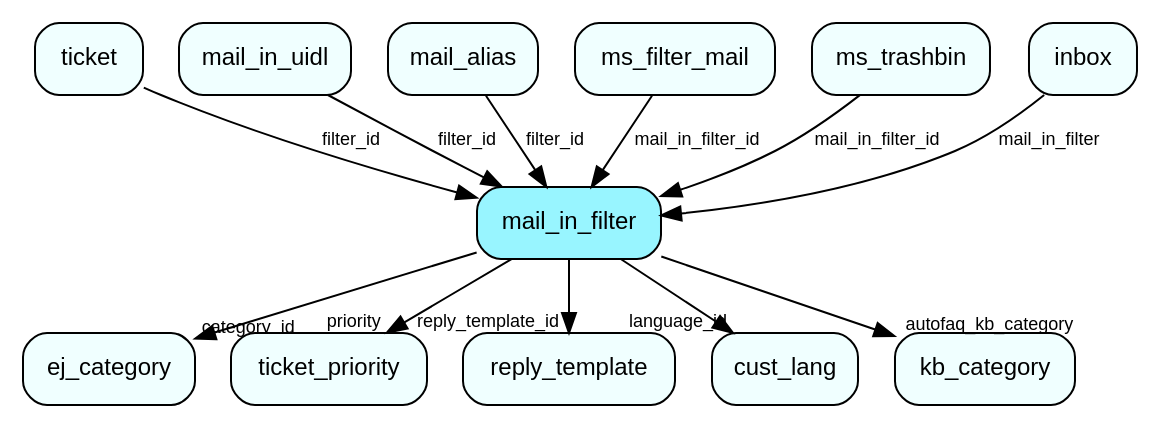
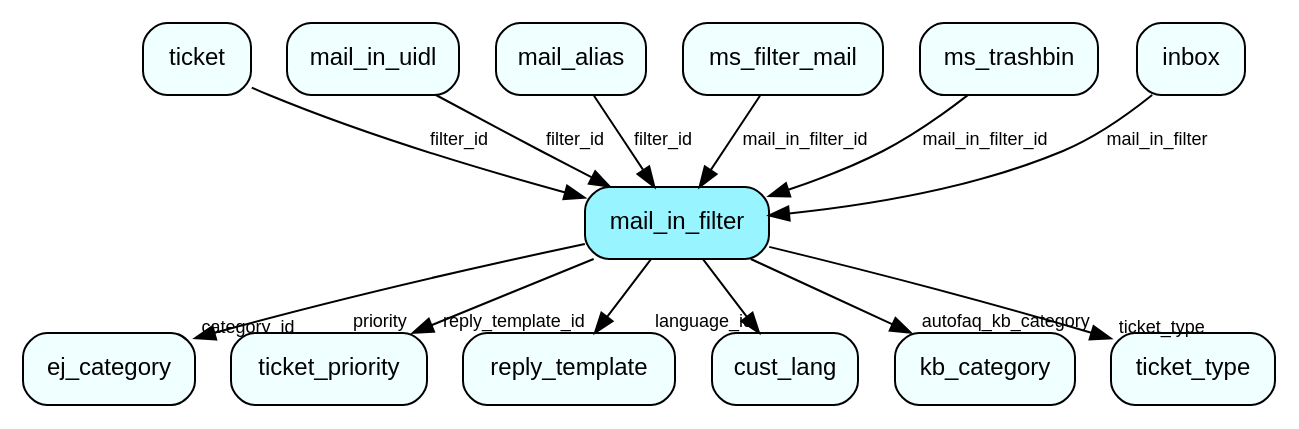
One commit to SuperOfficeDocs/superoffice-docs changed the diagram in docs/en/database/tables/media/mail_in_filter.dot. Above: the diagram before and after it, drawn with Graphviz. The commit also changed 121 other files, not shown here.

```diff
--- a/docs/en/database/tables/media/mail_in_filter.dot
+++ b/docs/en/database/tables/media/mail_in_filter.dot
@@ -1,28 +1,30 @@
 digraph mail_in_filter  {
 node [shape = box style="rounded, filled" fontname = "Helvetica" fontsize = "12" ]
 edge [fontname = "Helvetica" fontsize = "9"]
 
 mail_in_filter[fillcolor = "cadetblue1"]
 ej_category[fillcolor = "azure1"]
 ticket_priority[fillcolor = "azure1"]
 reply_template[fillcolor = "azure1"]
 cust_lang[fillcolor = "azure1"]
 kb_category[fillcolor = "azure1"]
+ticket_type[fillcolor = "azure1"]
 ticket[fillcolor = "azure1"]
 mail_in_uidl[fillcolor = "azure1"]
 mail_alias[fillcolor = "azure1"]
 ms_filter_mail[fillcolor = "azure1"]
 ms_trashbin[fillcolor = "azure1"]
 inbox[fillcolor = "azure1"]
 mail_in_filter -> ej_category [headlabel = "category_id"]
 mail_in_filter -> ticket_priority [headlabel = "priority"]
 mail_in_filter -> reply_template [headlabel = "reply_template_id"]
 mail_in_filter -> cust_lang [headlabel = "language_id"]
 mail_in_filter -> kb_category [headlabel = "autofaq_kb_category"]
+mail_in_filter -> ticket_type [headlabel = "ticket_type"]
 ticket -> mail_in_filter [label = "filter_id"]
 mail_in_uidl -> mail_in_filter [label = "filter_id"]
 mail_alias -> mail_in_filter [label = "filter_id"]
 ms_filter_mail -> mail_in_filter [label = "mail_in_filter_id"]
 ms_trashbin -> mail_in_filter [label = "mail_in_filter_id"]
 inbox -> mail_in_filter [label = "mail_in_filter"]
 }
```
